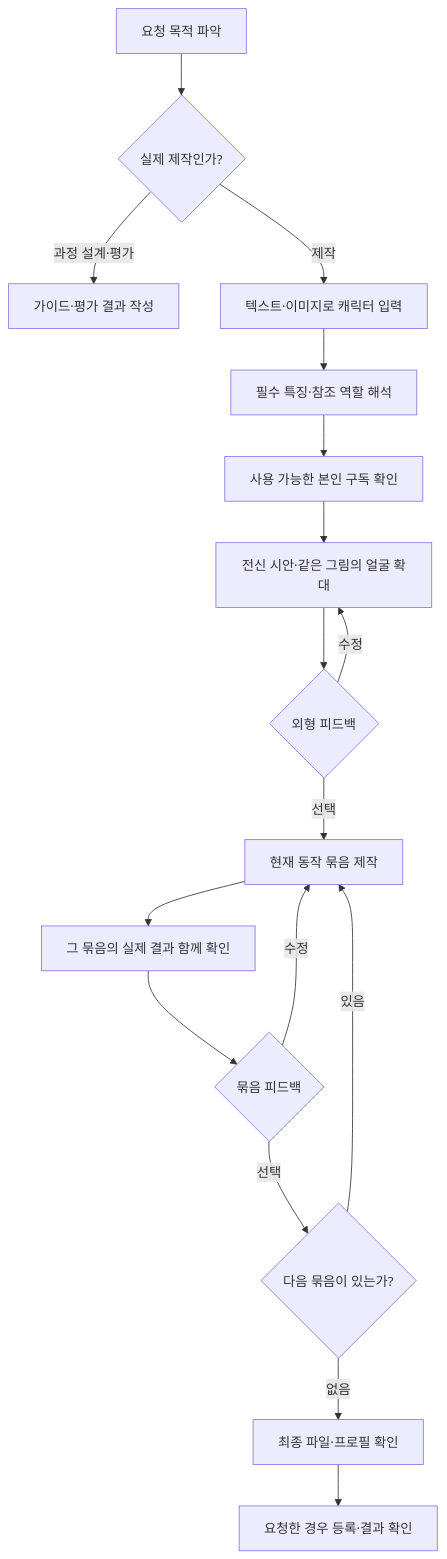
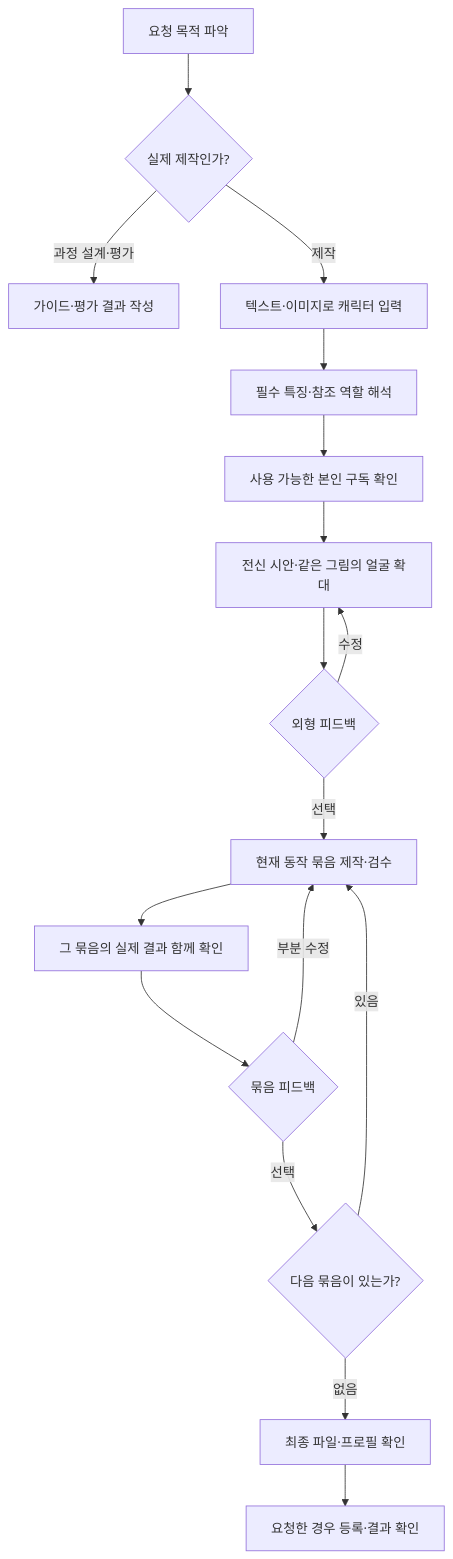
The diagram in docs/CREATION-UX.md (jeonghwanko/ai-fighter-dots-starter), drawn with Mermaid before and after one commit. The commit also changed other lines of this file and 11 other files, not shown here.

````diff
--- a/docs/CREATION-UX.md
+++ b/docs/CREATION-UX.md
@@ -7,19 +7,19 @@
 ```mermaid
 flowchart TD
     A[요청 목적 파악] --> B{실제 제작인가?}
     B -->|과정 설계·평가| C[가이드·평가 결과 작성]
     B -->|제작| D[텍스트·이미지로 캐릭터 입력]
     D --> E[필수 특징·참조 역할 해석]
     E --> F[사용 가능한 본인 구독 확인]
     F --> G[전신 시안·같은 그림의 얼굴 확대]
     G --> H{외형 피드백}
     H -->|수정| G
-    H -->|선택| I[현재 동작 묶음 제작]
+    H -->|선택| I[현재 동작 묶음 제작·검수]
     I --> J[그 묶음의 실제 결과 함께 확인]
     J --> M{묶음 피드백}
-    M -->|수정| I
+    M -->|부분 수정| I
     M -->|선택| N{다음 묶음이 있는가?}
     N -->|있음| I
     N -->|없음| K[최종 파일·프로필 확인]
     K --> L[요청한 경우 등록·결과 확인]
 ```
````
